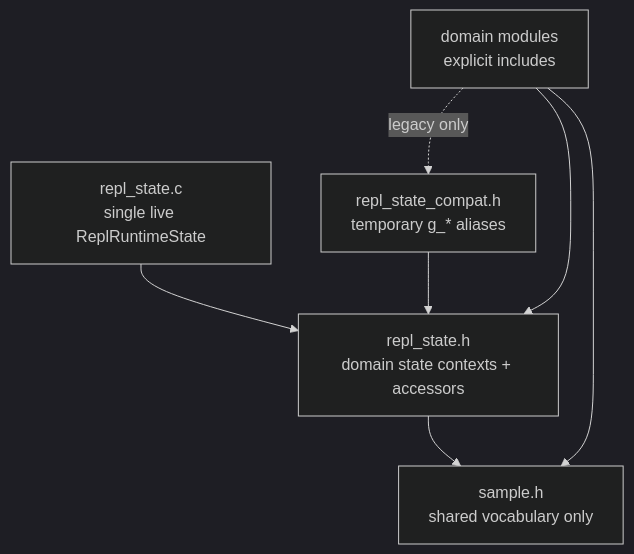
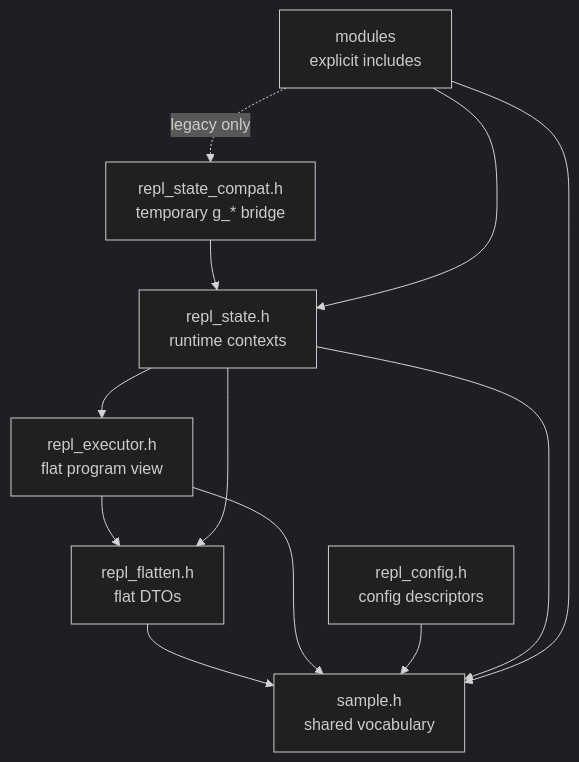
One commit to drewwoods/gl-repl changed the diagram in feature/repl-state-phase2-sketch.md. Above: the diagram before and after it, drawn with Mermaid (dark theme). The commit also changed other lines of this file and 1 other file, not shown here.

````diff
--- a/feature/repl-state-phase2-sketch.md
+++ b/feature/repl-state-phase2-sketch.md
@@ -34,15 +65,22 @@
 ```mermaid
 flowchart TD
-    sample_h["sample.h<br/>shared vocabulary only"]
-    state_h["repl_state.h<br/>domain state contexts + accessors"]
-    state_c["repl_state.c<br/>single live ReplRuntimeState"]
-    compat_h["repl_state_compat.h<br/>temporary g_* aliases"]
-    modules["domain modules<br/>explicit includes"]
+    sample_h["sample.h<br/>shared vocabulary"]
+    flatten_h["repl_flatten.h<br/>flat DTOs"]
+    executor_h["repl_executor.h<br/>flat program view"]
+    config_h["repl_config.h<br/>config descriptors"]
+    state_h["repl_state.h<br/>runtime contexts"]
+    compat_h["repl_state_compat.h<br/>temporary g_* bridge"]
+    modules["modules<br/>explicit includes"]
 
+    flatten_h --> sample_h
+    executor_h --> sample_h
+    executor_h --> flatten_h
+    config_h --> sample_h
     state_h --> sample_h
-    state_c --> state_h
+    state_h --> flatten_h
+    state_h --> executor_h
     compat_h --> state_h
     modules --> sample_h
     modules --> state_h
     modules -.legacy only.-> compat_h
 ```
````
